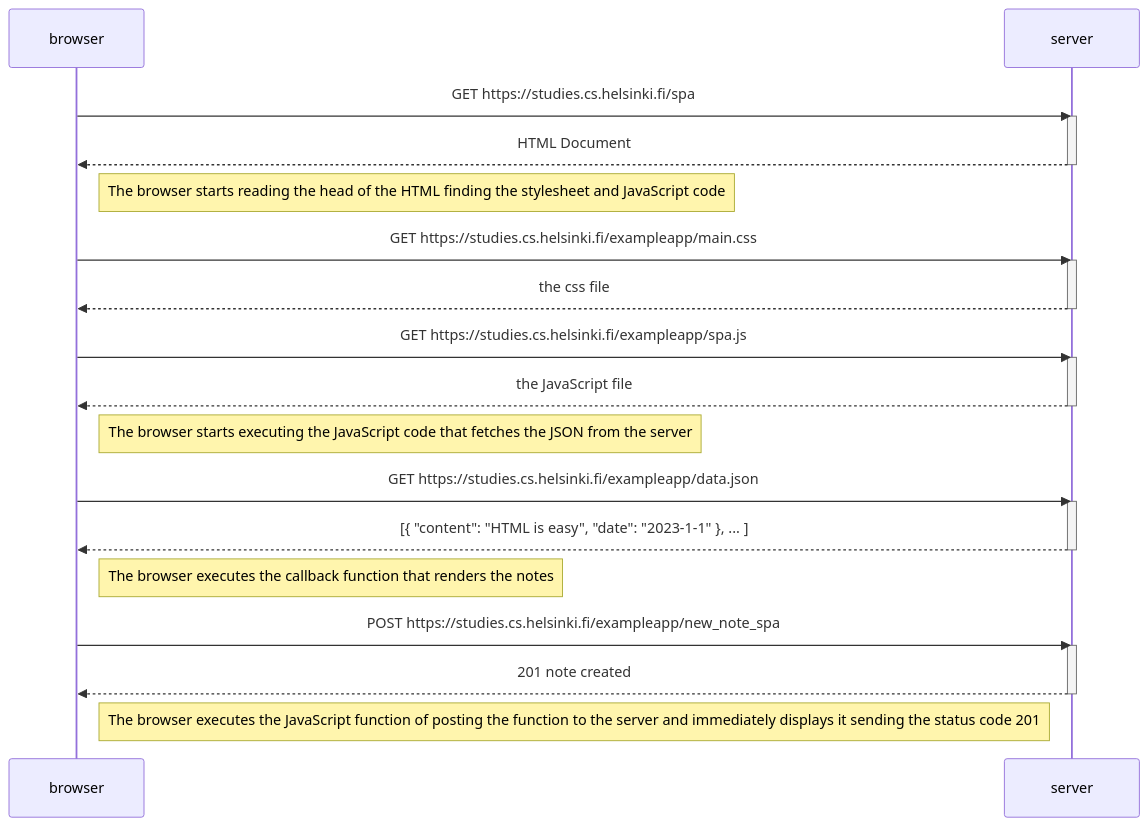
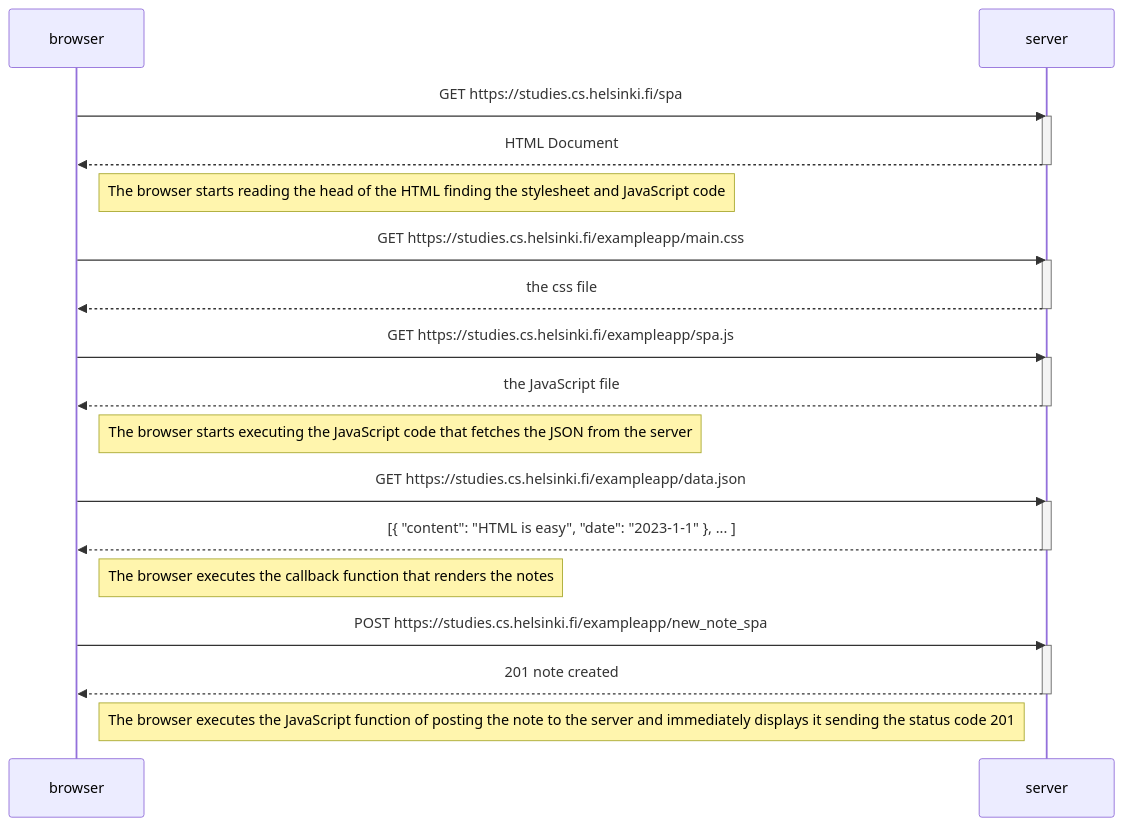
The diagram in part0/exercise06.md (oivamickelsson/fullstackopen), drawn with Mermaid before and after one commit.

````diff
--- a/part0/exercise06.md
+++ b/part0/exercise06.md
@@ -3,39 +3,39 @@
 ```mermaid
 sequenceDiagram
     participant browser
     participant server
 
 
     browser->>server: GET https://studies.cs.helsinki.fi/spa
     activate server
     server-->>browser: HTML Document
     deactivate server
     
     Note right of browser: The browser starts reading the head of the HTML finding the stylesheet and JavaScript code
     
     browser->>server: GET https://studies.cs.helsinki.fi/exampleapp/main.css
     activate server
     server-->>browser: the css file
     deactivate server
 
     browser->>server: GET https://studies.cs.helsinki.fi/exampleapp/spa.js
     activate server
     server-->>browser: the JavaScript file
     deactivate server
 
     Note right of browser: The browser starts executing the JavaScript code that fetches the JSON from the server
 
     browser->>server: GET https://studies.cs.helsinki.fi/exampleapp/data.json
     activate server
     server-->>browser: [{ "content": "HTML is easy", "date": "2023-1-1" }, ... ]
     deactivate server
 
     Note right of browser: The browser executes the callback function that renders the notes
 
     browser->>server: POST https://studies.cs.helsinki.fi/exampleapp/new_note_spa
     activate server
     server-->>browser: 201 note created
     deactivate server
 
-    Note right of browser: The browser executes the JavaScript function of posting the function to the server and immediately displays it sending the status code 201
+    Note right of browser: The browser executes the JavaScript function of posting the note to the server and immediately displays it sending the status code 201
 ```
````
